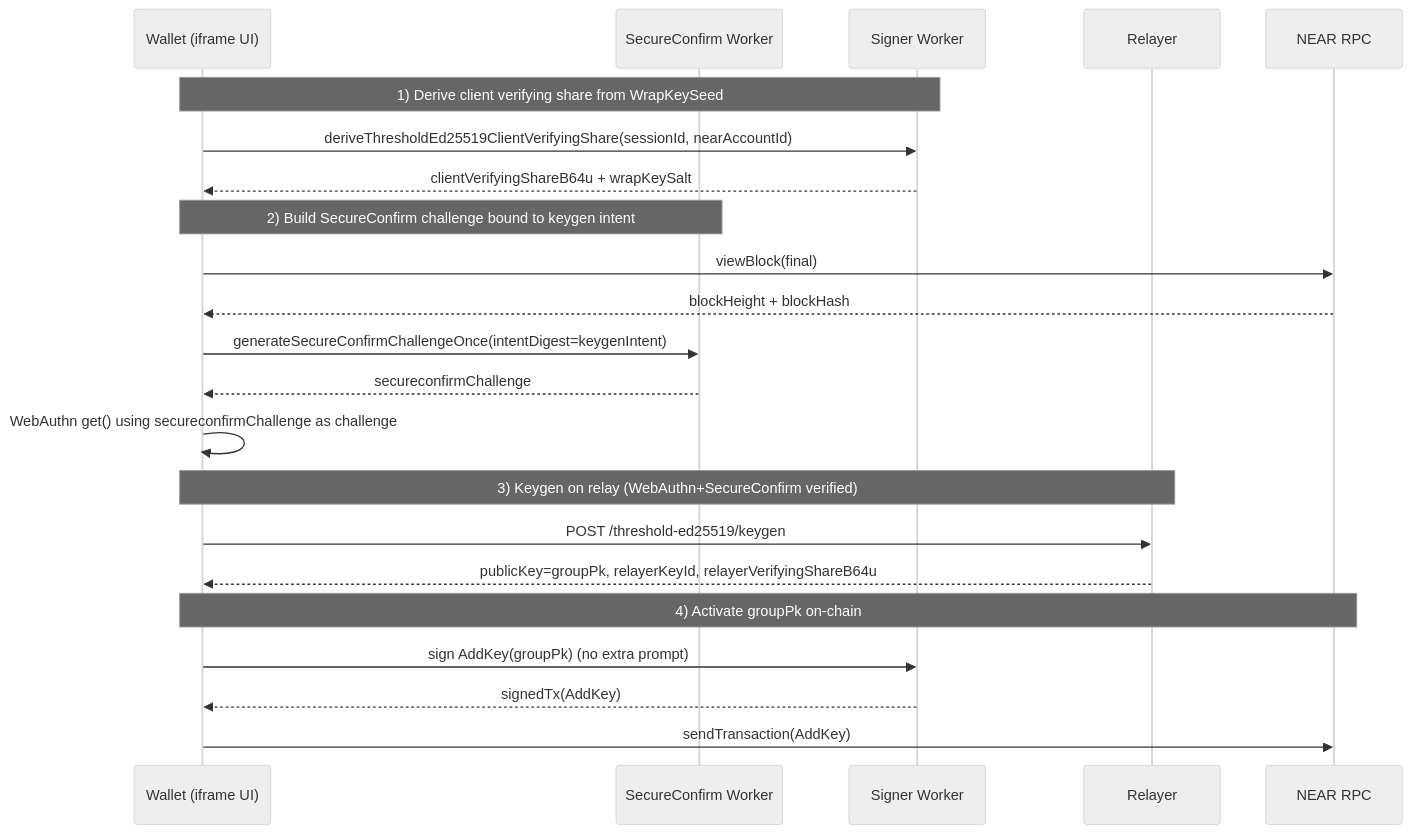
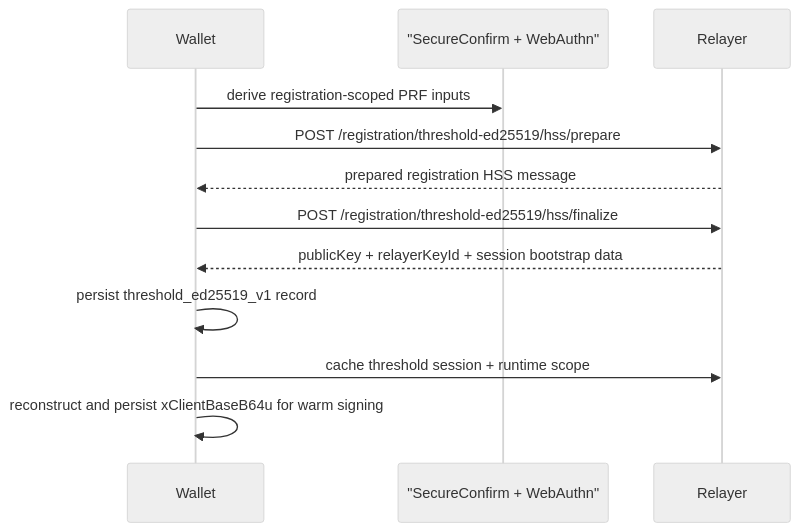
Before and after one commit to seams-tech/seams-sdk: the first of 2 diagrams in examples/tatchi-docs/src/concepts/threshold-signing.md, drawn with Mermaid (neutral theme). The commit also changed other lines of this file and 218 other files, not shown here.

````diff
--- a/examples/tatchi-docs/src/concepts/threshold-signing.md
+++ b/examples/tatchi-docs/src/concepts/threshold-signing.md
@@ -35,28 +57,15 @@
 ```mermaid
 sequenceDiagram
-  participant App as Wallet (iframe UI)
-  participant SecureConfirm as SecureConfirm Worker
-  participant Signer as Signer Worker
+  participant App as Wallet
+  participant Secure as "SecureConfirm + WebAuthn"
   participant Relay as Relayer
-  participant NEAR as NEAR RPC
 
-  Note over App,Signer: 1) Derive client verifying share from WrapKeySeed
-  App->>Signer: deriveThresholdEd25519ClientVerifyingShare(sessionId, nearAccountId)
-  Signer-->>App: clientVerifyingShareB64u + wrapKeySalt
-
-  Note over App,SecureConfirm: 2) Build SecureConfirm challenge bound to keygen intent
-  App->>NEAR: viewBlock(final)
-  NEAR-->>App: blockHeight + blockHash
-  App->>SecureConfirm: generateSecureConfirmChallengeOnce(intentDigest=keygenIntent)
-  SecureConfirm-->>App: secureconfirmChallenge
-  App->>App: WebAuthn get() using secureconfirmChallenge as challenge
-
-  Note over App,Relay: 3) Keygen on relay (WebAuthn+SecureConfirm verified)
-  App->>Relay: POST /threshold-ed25519/keygen
-  Relay-->>App: publicKey=groupPk, relayerKeyId, relayerVerifyingShareB64u
-
-  Note over App,NEAR: 4) Activate groupPk on-chain
-  App->>Signer: sign AddKey(groupPk) (no extra prompt)
-  Signer-->>App: signedTx(AddKey)
-  App->>NEAR: sendTransaction(AddKey)
+  App->>Secure: derive registration-scoped PRF inputs
+  App->>Relay: POST /registration/threshold-ed25519/hss/prepare
+  Relay-->>App: prepared registration HSS message
+  App->>Relay: POST /registration/threshold-ed25519/hss/finalize
+  Relay-->>App: publicKey + relayerKeyId + session bootstrap data
+  App->>App: persist threshold_ed25519_v1 record
+  App->>Relay: cache threshold session + runtime scope
+  App->>App: reconstruct and persist xClientBaseB64u for warm signing
 ```
````
